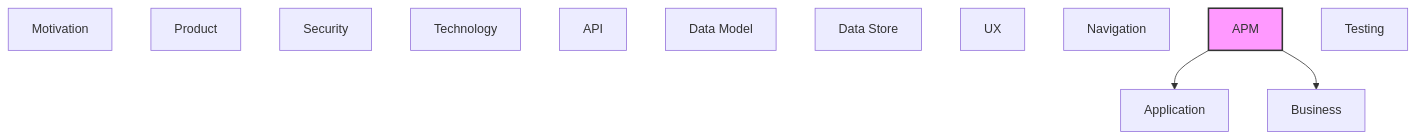
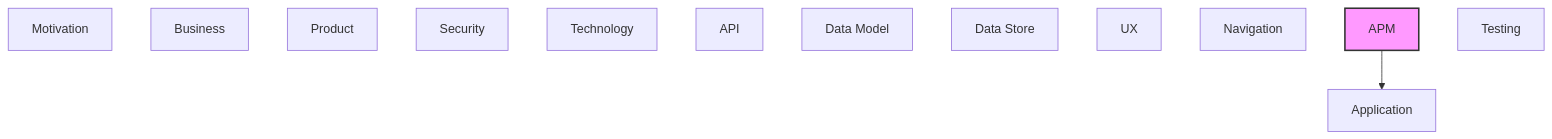
The second of 2 diagrams in documentation-robotics/reports/12-apm-layer-report.md (tinkermonkey/documentation_robotics_viewer), drawn with Mermaid before and after one commit. The commit also changed other lines of this file and 39 other files, not shown here.

````diff
--- a/documentation-robotics/reports/12-apm-layer-report.md
+++ b/documentation-robotics/reports/12-apm-layer-report.md
@@ -54,20 +51,19 @@
 ```mermaid
 flowchart TB
   classDef current fill:#f9f,stroke:#333,stroke-width:2px
   motivation["Motivation"]
   business["Business"]
   product["Product"]
   security["Security"]
   application["Application"]
   technology["Technology"]
   api["API"]
   data_model["Data Model"]
   data_store["Data Store"]
   ux["UX"]
   navigation["Navigation"]
   apm["APM"]
   testing["Testing"]
   apm --> application
-  apm --> business
   class apm current
 ```
````
